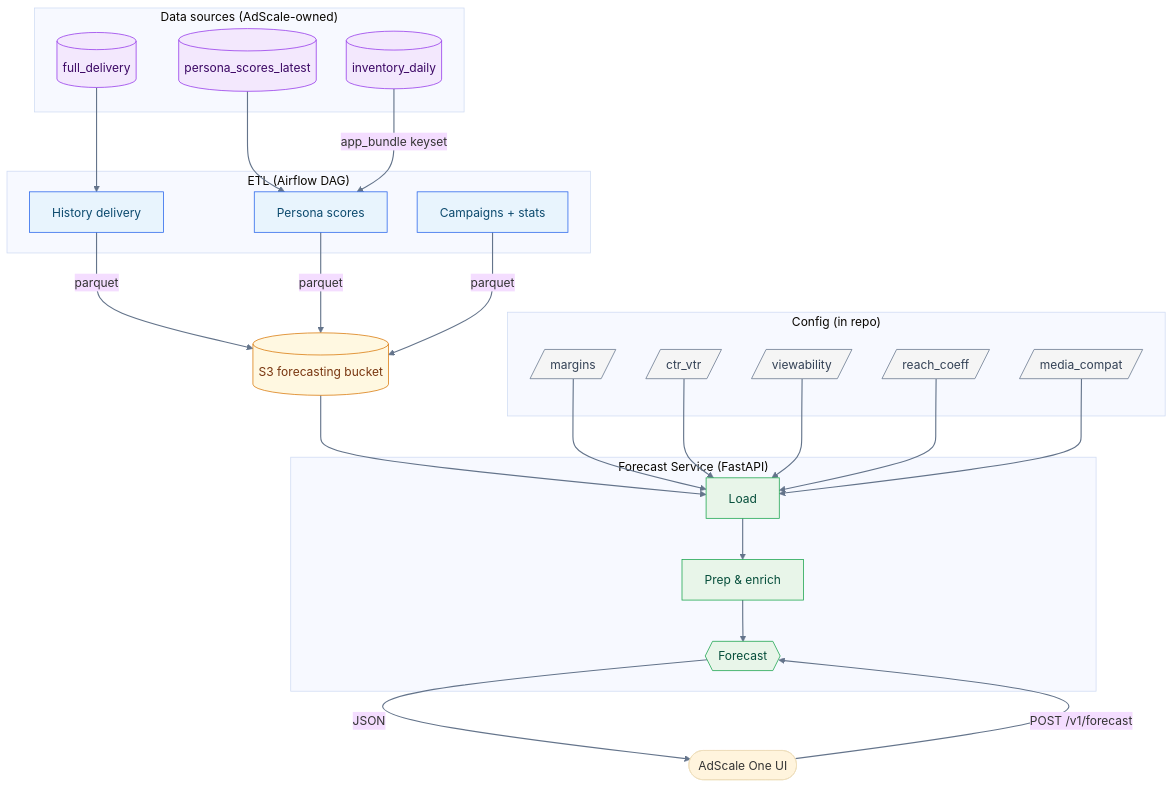
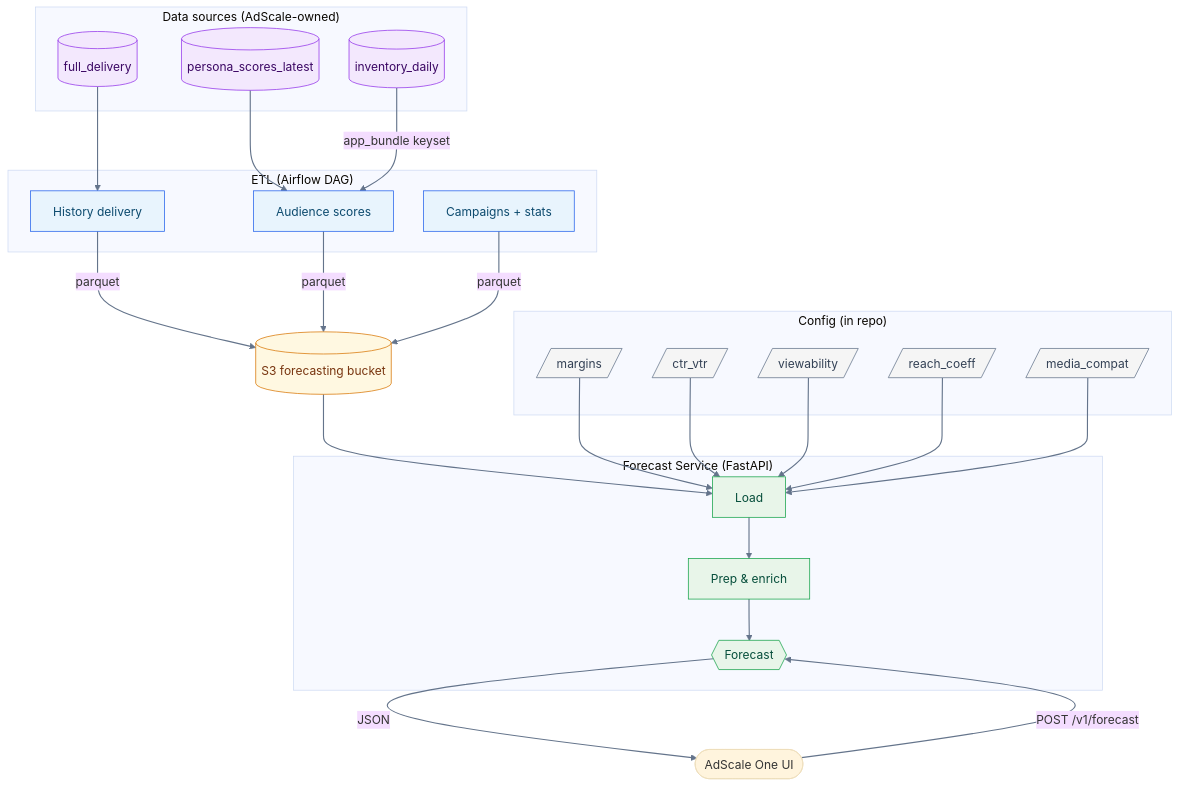
Before and after one commit to kintecus/build: the first of 3 diagrams in examples/adscale-case-study/docs/specs/forecast-data-pipeline.md, drawn with Mermaid. The commit also changed other lines of this file and 36 other files, not shown here.

````diff
--- a/examples/adscale-case-study/docs/specs/forecast-data-pipeline.md
+++ b/examples/adscale-case-study/docs/specs/forecast-data-pipeline.md
@@ -12,69 +12,69 @@
 ```mermaid
 %%{init: {'theme':'base','flowchart':{'curve':'basis','nodeSpacing':40,'rankSpacing':55,'htmlLabels':true}}}%%
 flowchart TD
  accTitle: Forecasting system component overview
  accDescr: ClickHouse tables feed an Airflow ETL that writes Parquet to S3; the Forecast Service loads from S3 plus static config CSVs, processes in Load/Prep/Compute stages, and serves AdScale One UI.
 
  subgraph Sources["Data sources (AdScale-owned)"]
  CH_FULL[("full_delivery")]
  CH_PERSONA[("persona_scores_latest")]
  CH_INVENTORY[("inventory_daily")]
  end
 
  subgraph ETL["ETL (Airflow DAG)"]
  ETL_HIST[History delivery]
- ETL_PERSONA[Persona scores]
+ ETL_PERSONA[Audience scores]
  ETL_CAMPAIGNS[Campaigns + stats]
  end
 
  S3[("S3 forecasting bucket")]
 
  subgraph Config["Config (in repo)"]
  MARGINS[/margins/]
  CTR_VTR[/ctr_vtr/]
  VIEWABILITY[/viewability/]
  REACH_COEFF[/reach_coeff/]
  MEDIA_COMPAT[/media_compat/]
  end
 
  subgraph API["Forecast Service (FastAPI)"]
  LOAD[Load]
  PREP[Prep & enrich]
  FORECAST{{Forecast}}
  end
 
  UI([AdScale One UI])
 
  CH_FULL --> ETL_HIST
  CH_PERSONA --> ETL_PERSONA
  CH_INVENTORY -->|app_bundle keyset| ETL_PERSONA
  ETL_HIST -->|parquet| S3
  ETL_PERSONA -->|parquet| S3
  ETL_CAMPAIGNS -->|parquet| S3
 
  S3 --> LOAD
  MARGINS --> LOAD
  CTR_VTR --> LOAD
  VIEWABILITY --> LOAD
  REACH_COEFF --> LOAD
  MEDIA_COMPAT --> LOAD
 
  LOAD --> PREP
  PREP --> FORECAST
  UI -->|POST /v1/forecast| FORECAST
  FORECAST -->|JSON| UI
 
  classDef sources fill:#f3e8fd,stroke:#9333ea,color:#3b0764;
  classDef etl fill:#e8f4fd,stroke:#2563eb,color:#0c4a6e;
  classDef s3 fill:#fff8e1,stroke:#d97706,color:#78350f;
  classDef config fill:#f5f5f5,stroke:#64748b,color:#334155;
  classDef api fill:#e8f5e9,stroke:#16a34a,color:#064e3b;
 
  class CH_FULL,CH_PERSONA,CH_INVENTORY sources;
  class ETL_HIST,ETL_PERSONA,ETL_CAMPAIGNS etl;
  class S3 s3;
  class MARGINS,CTR_VTR,VIEWABILITY,REACH_COEFF,MEDIA_COMPAT config;
  class LOAD,PREP,FORECAST api;
 
  linkStyle default stroke:#64748b,stroke-width:1.5px
 ```
````
